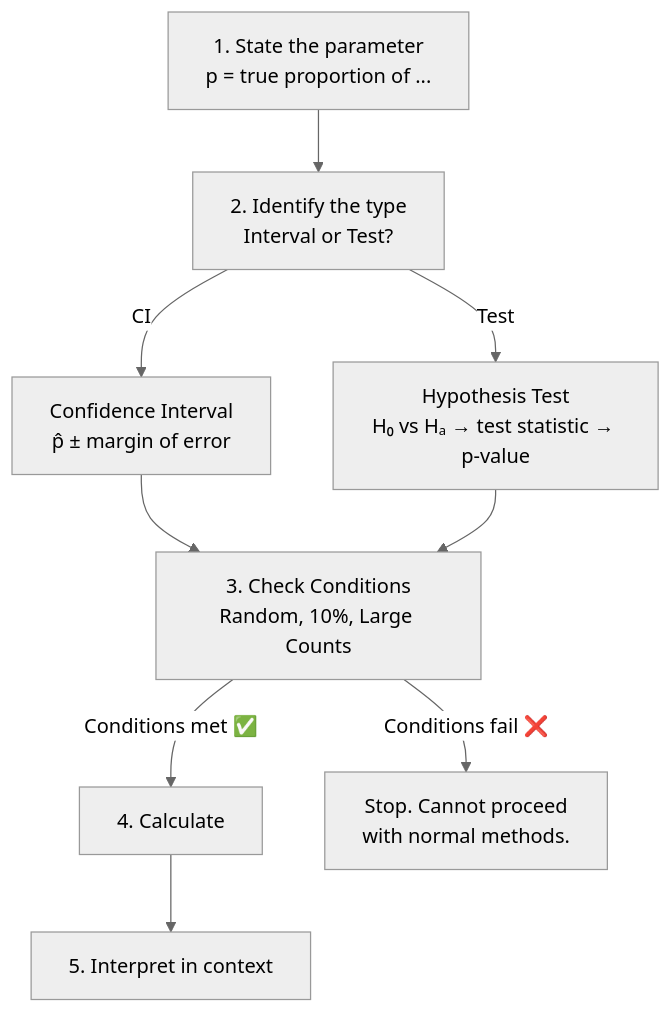
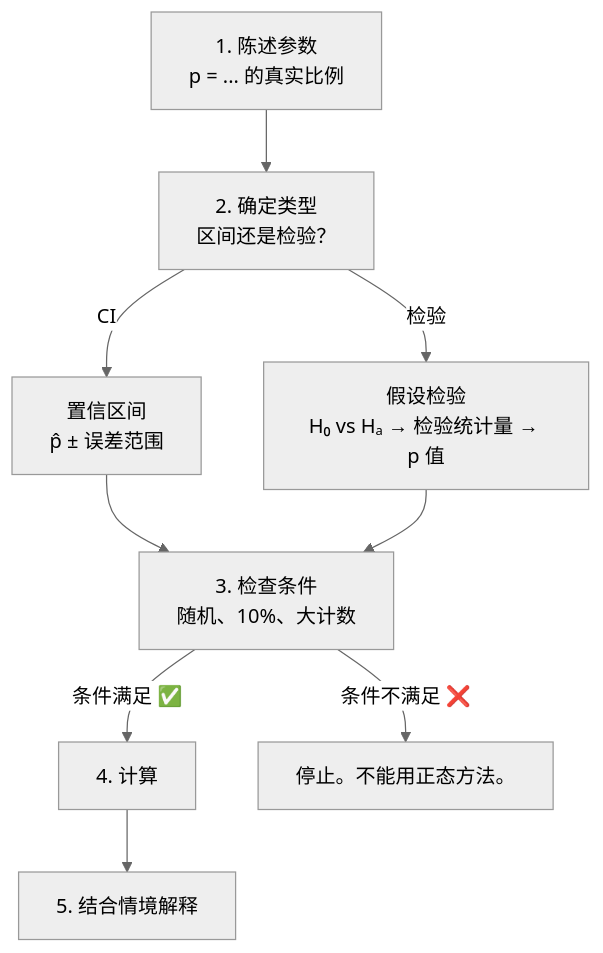
One commit to xieguaiwu/Notes changed the first of 2 diagrams in Math/Statistics/AP_Statistics/Unit_6_Inference_for_Proportions.md. Above: the diagram before and after it, drawn with Mermaid (neutral theme). The commit also changed other lines of this file and 30 other files, not shown here.

Commit message:
obsidian-note-generation: translate all AP Statistics notes to Chinese, fix format issues (H1, --- separators, Unicode→LaTeX), add chart types review note

````diff
--- a/Math/Statistics/AP_Statistics/Unit_6_Inference_for_Proportions.md
+++ b/Math/Statistics/AP_Statistics/Unit_6_Inference_for_Proportions.md
@@ -33,11 +29,11 @@
 ```mermaid
 flowchart TB
-    A["1. State the parameter<br/>p = true proportion of ..."] --> B["2. Identify the type<br/>Interval or Test?"]
-    B -->|"CI"| C["Confidence Interval<br/>p̂ ± margin of error"]
-    B -->|"Test"| D["Hypothesis Test<br/>H₀ vs Hₐ → test statistic → p-value"]
-    C --> E["3. Check Conditions<br/>Random, 10%, Large Counts"]
+    A["1. 陈述参数<br/>p = ... 的真实比例"] --> B["2. 确定类型<br/>区间还是检验？"]
+    B -->|"CI"| C["置信区间<br/>p̂ ± 误差范围"]
+    B -->|"检验"| D["假设检验<br/>H₀ vs Hₐ → 检验统计量 → p 值"]
+    C --> E["3. 检查条件<br/>随机、10%、大计数"]
     D --> E
-    E -->|"Conditions met ✅"| F["4. Calculate"]
-    E -->|"Conditions fail ❌"| G["Stop. Cannot proceed<br/>with normal methods."]
-    F --> H["5. Interpret in context"]
+    E -->|"条件满足 ✅"| F["4. 计算"]
+    E -->|"条件不满足 ❌"| G["停止。不能用正态方法。"]
+    F --> H["5. 结合情境解释"]
 ```
````
